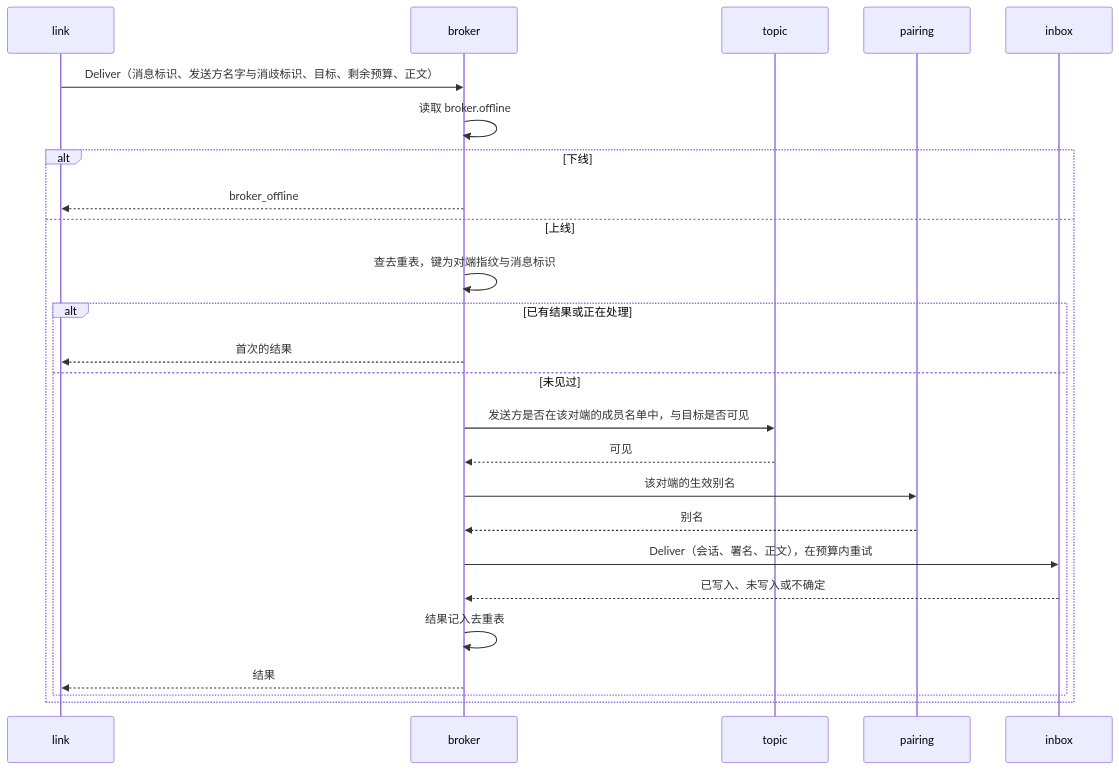
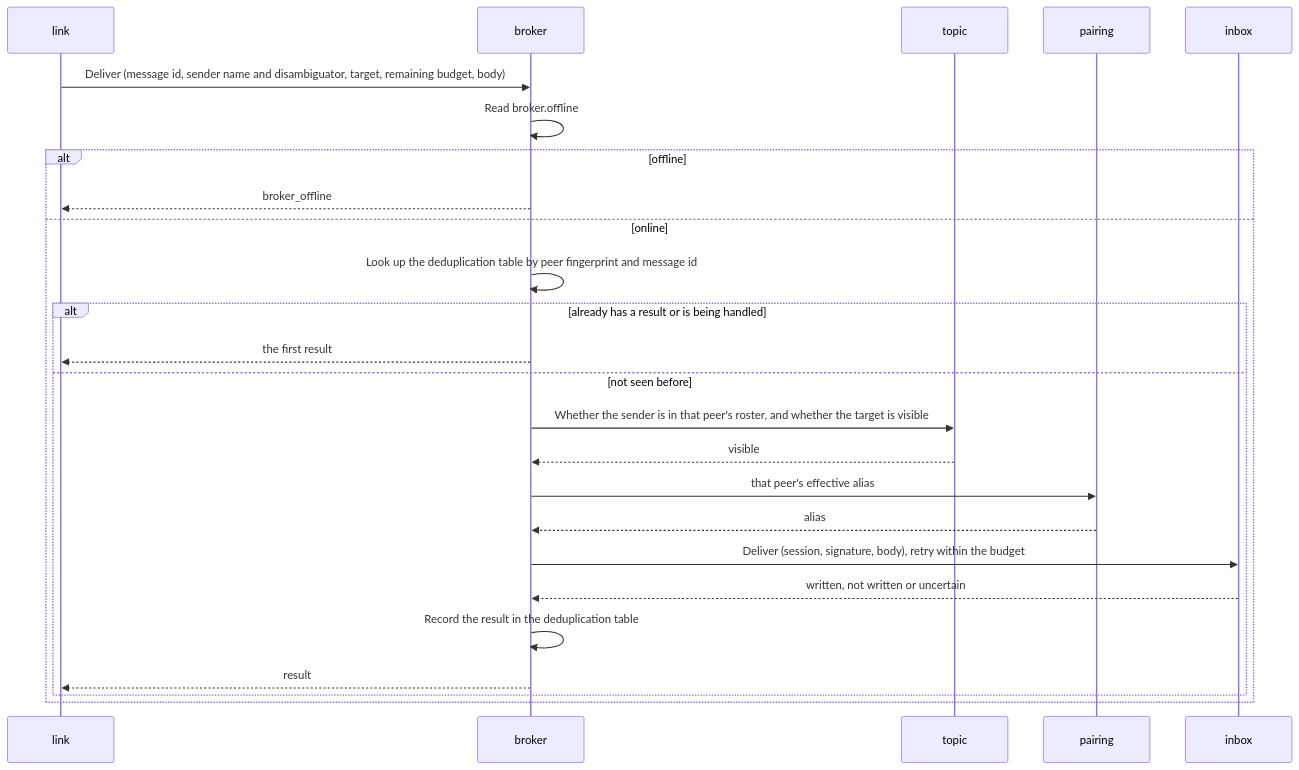
One commit to wangzw/peers changed the first of 2 diagrams in docs/design/modules/design-broker.md. Above: the diagram before and after it, drawn with Mermaid. The commit also changed other lines of this file, not shown here.

Commit message:
docs(design): translate the broker module design to English

````diff
--- a/docs/design/modules/design-broker.md
+++ b/docs/design/modules/design-broker.md
@@ -244,27 +245,27 @@
 ```mermaid
 sequenceDiagram
     participant L as link
     participant B as broker
     participant T as topic
     participant P as pairing
     participant I as inbox
-    L->>B: Deliver（消息标识、发送方名字与消歧标识、目标、剩余预算、正文）
-    B->>B: 读取 broker.offline
-    alt 下线
+    L->>B: Deliver (message id, sender name and disambiguator, target, remaining budget, body)
+    B->>B: Read broker.offline
+    alt offline
         B-->>L: broker_offline
-    else 上线
-        B->>B: 查去重表，键为对端指纹与消息标识
-        alt 已有结果或正在处理
-            B-->>L: 首次的结果
-        else 未见过
-            B->>T: 发送方是否在该对端的成员名单中，与目标是否可见
-            T-->>B: 可见
-            B->>P: 该对端的生效别名
-            P-->>B: 别名
-            B->>I: Deliver（会话、署名、正文），在预算内重试
-            I-->>B: 已写入、未写入或不确定
-            B->>B: 结果记入去重表
-            B-->>L: 结果
+    else online
+        B->>B: Look up the deduplication table by peer fingerprint and message id
+        alt already has a result or is being handled
+            B-->>L: the first result
+        else not seen before
+            B->>T: Whether the sender is in that peer's roster, and whether the target is visible
+            T-->>B: visible
+            B->>P: that peer's effective alias
+            P-->>B: alias
+            B->>I: Deliver (session, signature, body), retry within the budget
+            I-->>B: written, not written or uncertain
+            B->>B: Record the result in the deduplication table
+            B-->>L: result
         end
     end
 ```
````
